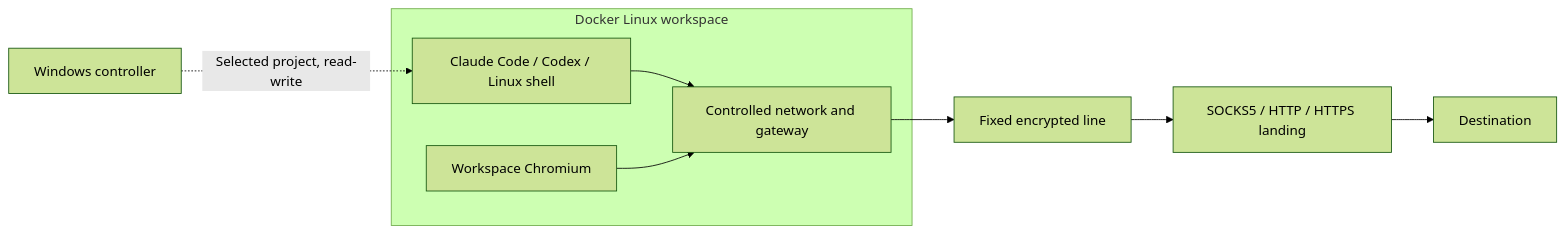
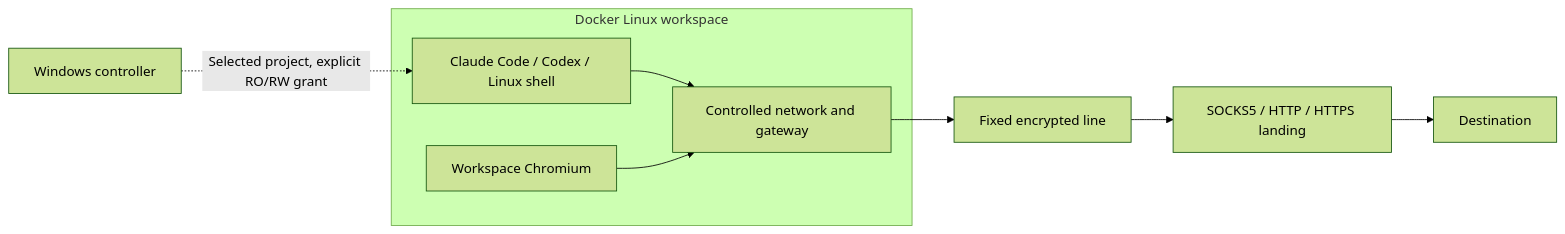
Before and after one commit to engeeeee/-enge-spx: the diagram in README.en.md, drawn with Mermaid (forest theme). The commit also changed other lines of this file and 33 other files, not shown here.

````diff
--- a/README.en.md
+++ b/README.en.md
@@ -20,14 +21,14 @@
 ```mermaid
 flowchart LR
-    W["Windows controller"] -. "Selected project, read-write" .-> T
+    W["Windows controller"] -. "Selected project, explicit RO/RW grant" .-> T
     subgraph C["Docker Linux workspace"]
         T["Claude Code / Codex / Linux shell"]
         B["Workspace Chromium"]
         G["Controlled network and gateway"]
         T --> G
         B --> G
     end
     G --> L["Fixed encrypted line"]
     L --> P["SOCKS5 / HTTP / HTTPS landing"]
     P --> S["Destination"]
 ```
````
